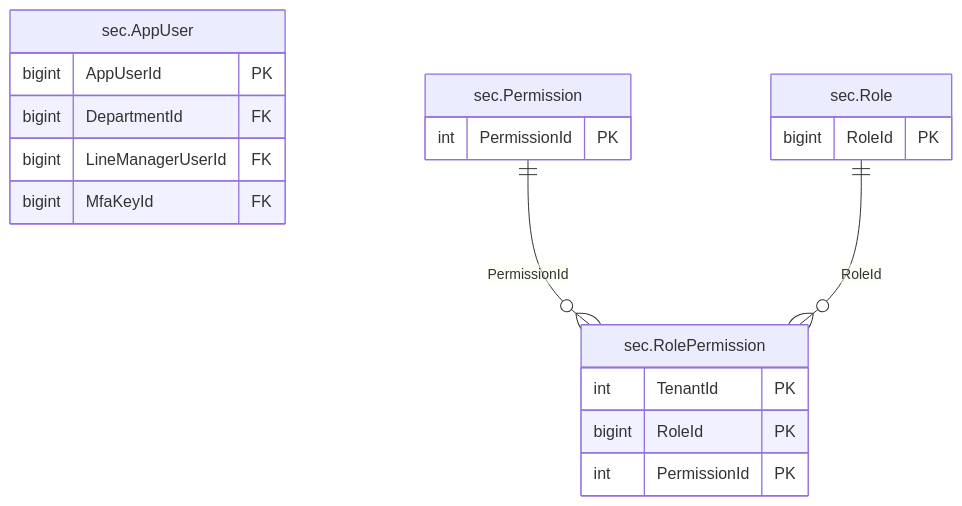
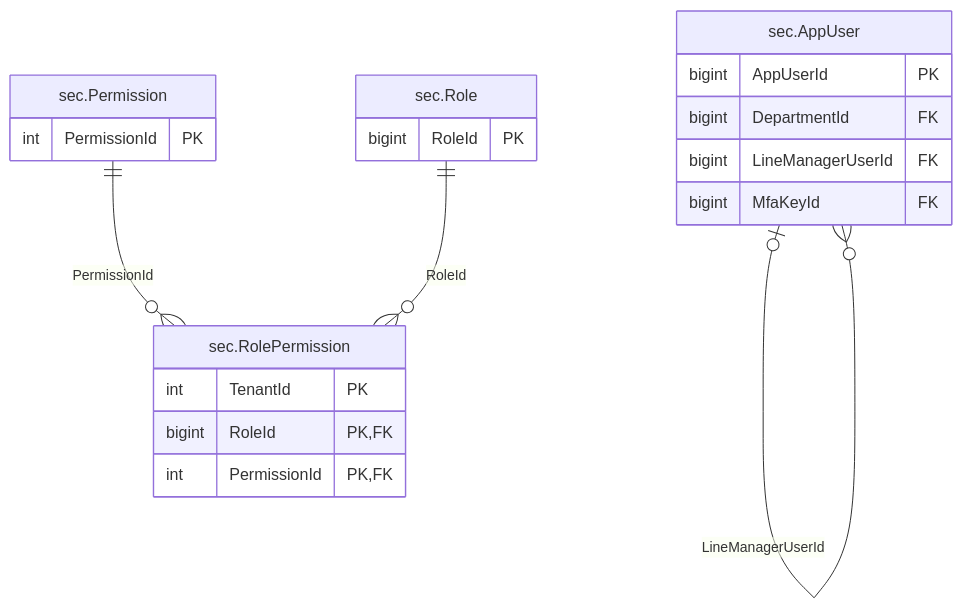
The diagram in treasury-platform/docs/diagrams/erd/m0_identity_1.mmd (thawrasy/smartlines), drawn with Mermaid before and after one commit. The commit also changed 139 other files, not shown here.

```diff
--- a/treasury-platform/docs/diagrams/erd/m0_identity_1.mmd
+++ b/treasury-platform/docs/diagrams/erd/m0_identity_1.mmd
@@ -1,21 +1,22 @@
 %% م0 · الهوية والصلاحيات (1/2) — Identity & authorisation
 erDiagram
   sec_AppUser["sec.AppUser"] {
     bigint AppUserId PK
     bigint DepartmentId FK
     bigint LineManagerUserId FK
     bigint MfaKeyId FK
   }
   sec_Role["sec.Role"] {
     bigint RoleId PK
   }
   sec_Permission["sec.Permission"] {
     int PermissionId PK
   }
   sec_RolePermission["sec.RolePermission"] {
     int TenantId PK
-    bigint RoleId PK
-    int PermissionId PK
+    bigint RoleId PK, FK
+    int PermissionId PK, FK
   }
+  sec_AppUser |o--o{ sec_AppUser : "LineManagerUserId"
   sec_Permission ||--o{ sec_RolePermission : "PermissionId"
   sec_Role ||--o{ sec_RolePermission : "RoleId"
```
